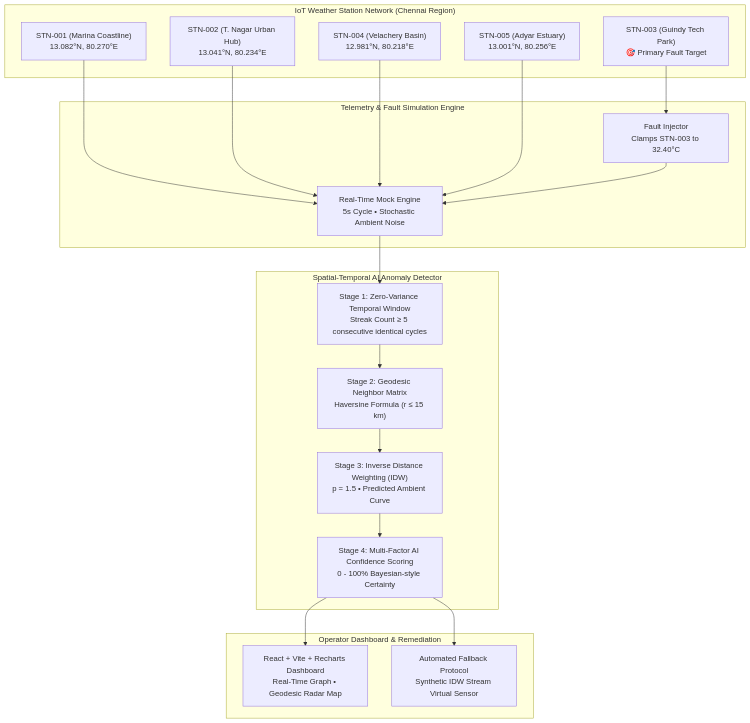
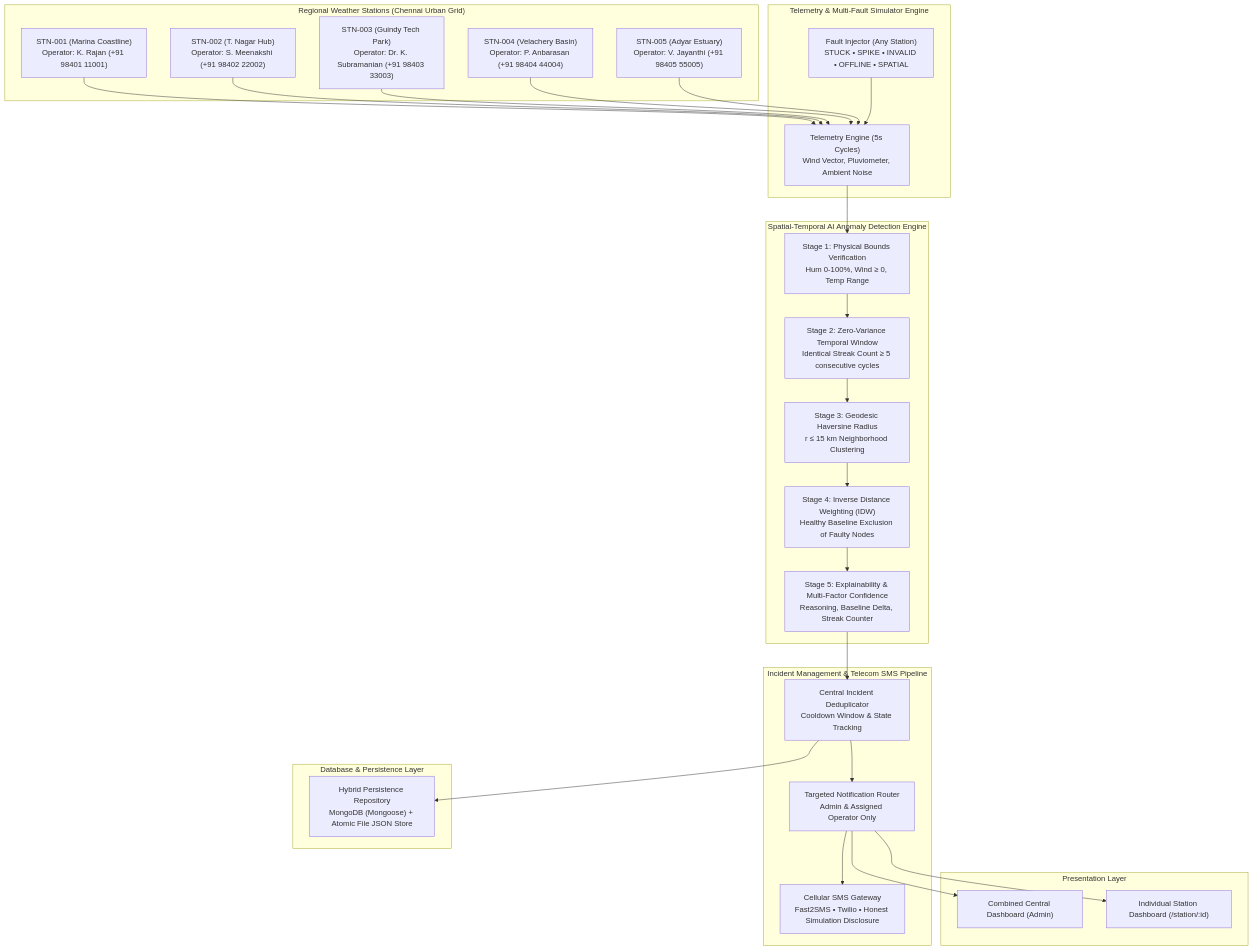
One commit to VikasiniE03/weather changed the diagram in README.md. Above: the diagram before and after it, drawn with Mermaid. The commit also changed other lines of this file and 68 other files, not shown here.

Commit message:
feat(aero-sense): SIH 2026 enterprise upgrade with individual station dashboards, RBAC, 5-mode anomaly engine, persistent dual-driver storage, and SMS gateway

````diff
--- a/README.md
+++ b/README.md
@@ -23,33 +30,47 @@
 ```mermaid
 graph TD
-    subgraph "IoT Weather Station Network (Chennai Region)"
-        S1["STN-001 (Marina Coastline)<br/>13.082°N, 80.270°E"]
-        S2["STN-002 (T. Nagar Urban Hub)<br/>13.041°N, 80.234°E"]
-        S3["STN-003 (Guindy Tech Park)<br/>🎯 Primary Fault Target"]
-        S4["STN-004 (Velachery Basin)<br/>12.981°N, 80.218°E"]
-        S5["STN-005 (Adyar Estuary)<br/>13.001°N, 80.256°E"]
+    subgraph "Regional Weather Stations (Chennai Urban Grid)"
+        S1["STN-001 (Marina Coastline)<br/>Operator: K. Rajan (+91 98401 11001)"]
+        S2["STN-002 (T. Nagar Hub)<br/>Operator: S. Meenakshi (+91 98402 22002)"]
+        S3["STN-003 (Guindy Tech Park)<br/>Operator: Dr. K. Subramanian (+91 98403 33003)"]
+        S4["STN-004 (Velachery Basin)<br/>Operator: P. Anbarasan (+91 98404 44004)"]
+        S5["STN-005 (Adyar Estuary)<br/>Operator: V. Jayanthi (+91 98405 55005)"]
     end
 
-    subgraph "Telemetry & Fault Simulation Engine"
-        TICK["Real-Time Mock Engine<br/>5s Cycle • Stochastic Ambient Noise"]
-        FAULT["Fault Injector<br/>Clamps STN-003 to 32.40°C"]
+    subgraph "Telemetry & Multi-Fault Simulator Engine"
+        SIM["Telemetry Engine (5s Cycles)<br/>Wind Vector, Pluviometer, Ambient Noise"]
+        INJECT["Fault Injector (Any Station)<br/>STUCK • SPIKE • INVALID • OFFLINE • SPATIAL"]
     end
 
-    subgraph "Spatial-Temporal AI Anomaly Detector"
-        M1["Stage 1: Zero-Variance Temporal Window<br/>Streak Count ≥ 5 consecutive identical cycles"]
-        M2["Stage 2: Geodesic Neighbor Matrix<br/>Haversine Formula (r ≤ 15 km)"]
-        M3["Stage 3: Inverse Distance Weighting (IDW)<br/>p = 1.5 • Predicted Ambient Curve"]
-        M4["Stage 4: Multi-Factor AI Confidence Scoring<br/>0 - 100% Bayesian-style Certainty"]
+    subgraph "Spatial-Temporal AI Anomaly Detection Engine"
+        ST1["Stage 1: Physical Bounds Verification<br/>Hum 0-100%, Wind ≥ 0, Temp Range"]
+        ST2["Stage 2: Zero-Variance Temporal Window<br/>Identical Streak Count ≥ 5 consecutive cycles"]
+        ST3["Stage 3: Geodesic Haversine Radius<br/>r ≤ 15 km Neighborhood Clustering"]
+        ST4["Stage 4: Inverse Distance Weighting (IDW)<br/>Healthy Baseline Exclusion of Faulty Nodes"]
+        ST5["Stage 5: Explainability & Multi-Factor Confidence<br/>Reasoning, Baseline Delta, Streak Counter"]
     end
 
-    subgraph "Operator Dashboard & Remediation"
-        DASH["React + Vite + Recharts Dashboard<br/>Real-Time Graph • Geodesic Radar Map"]
-        ACT["Automated Fallback Protocol<br/>Synthetic IDW Stream Virtual Sensor"]
+    subgraph "Incident Management & Telecom SMS Pipeline"
+        DEDUP["Central Incident Deduplicator<br/>Cooldown Window & State Tracking"]
+        ROUTER["Targeted Notification Router<br/>Admin & Assigned Operator Only"]
+        SMS["Cellular SMS Gateway<br/>Fast2SMS • Twilio • Honest Simulation Disclosure"]
     end
 
-    S1 & S2 & S4 & S5 --> TICK
-    S3 --> FAULT --> TICK
-    TICK --> M1 --> M2 --> M3 --> M4
-    M4 --> DASH
-    M4 --> ACT
+    subgraph "Database & Persistence Layer"
+        HYBRID["Hybrid Persistence Repository<br/>MongoDB (Mongoose) + Atomic File JSON Store"]
+    end
+
+    subgraph "Presentation Layer"
+        CENTRAL["Combined Central Dashboard (Admin)"]
+        STN_PAGE["Individual Station Dashboard (/station/:id)"]
+    end
+
+    S1 & S2 & S3 & S4 & S5 --> SIM
+    INJECT --> SIM
+    SIM --> ST1 --> ST2 --> ST3 --> ST4 --> ST5
+    ST5 --> DEDUP --> ROUTER
+    DEDUP --> HYBRID
+    ROUTER --> SMS
+    ROUTER --> CENTRAL
+    ROUTER --> STN_PAGE
 ```
````
